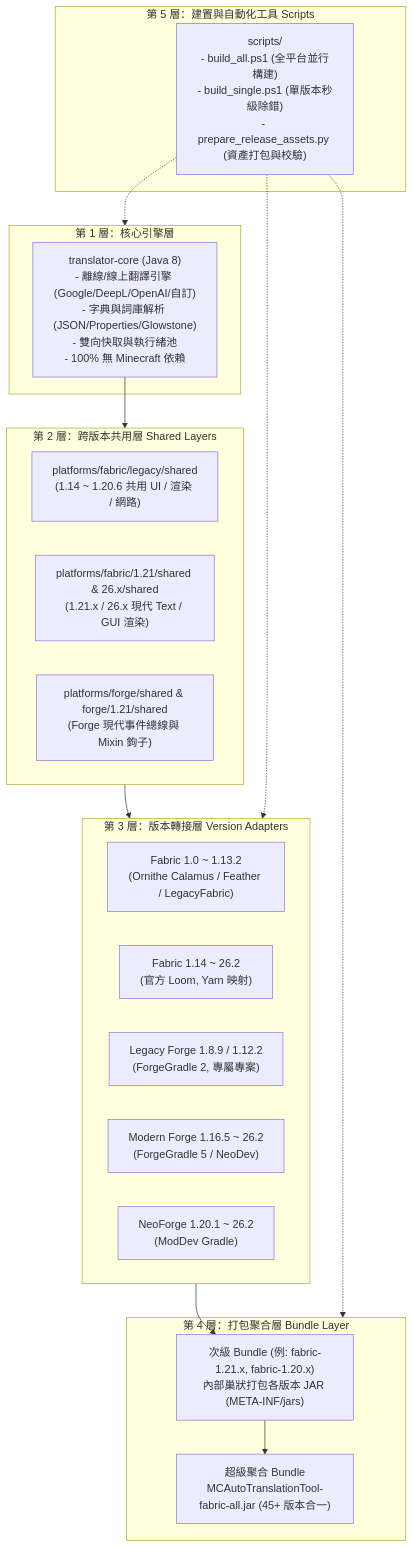
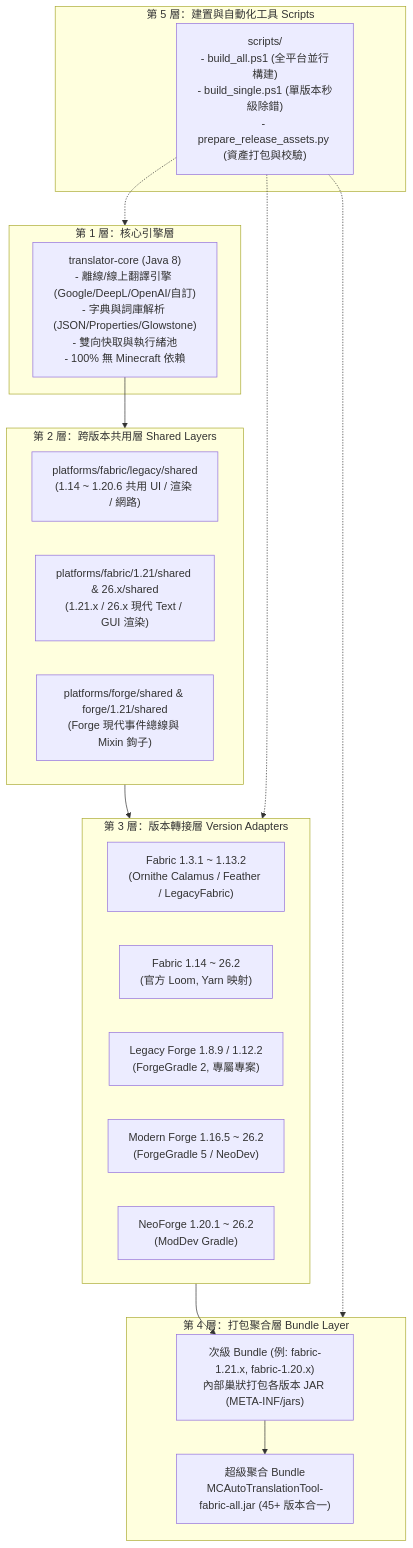
One commit to TWJohnJohn20116/mc-auto-translation-tool changed the diagram in docs/Zh-tw/ARCHITECTURE.md. Above: the diagram before and after it, drawn with Mermaid. The commit also changed other lines of this file and 15 other files, not shown here.

First line of the commit message:
fix(legacy): 修好 fabric-1.0-1.8.x 的 feather 版本對應

````diff
--- a/docs/Zh-tw/ARCHITECTURE.md
+++ b/docs/Zh-tw/ARCHITECTURE.md
@@ -13,37 +13,37 @@
 ```mermaid
 flowchart TD
     subgraph Layer1 [第 1 層：核心引擎層]
         Core["translator-core (Java 8)<br/>- 離線/線上翻譯引擎 (Google/DeepL/OpenAI/自訂)<br/>- 字典與詞庫解析 (JSON/Properties/Glowstone)<br/>- 雙向快取與執行緒池<br/>- 100% 無 Minecraft 依賴"]
     end
 
     subgraph Layer2 [第 2 層：跨版本共用層 Shared Layers]
         SharedFabLegacy["platforms/fabric/legacy/shared<br/>(1.14 ~ 1.20.6 共用 UI / 渲染 / 網路)"]
         SharedFabModern["platforms/fabric/1.21/shared & 26.x/shared<br/>(1.21.x / 26.x 現代 Text / GUI 渲染)"]
         SharedForge["platforms/forge/shared & forge/1.21/shared<br/>(Forge 現代事件總線與 Mixin 鉤子)"]
     end
 
     subgraph Layer3 [第 3 層：版本轉接層 Version Adapters]
-        V_FabOrnithe["Fabric 1.0 ~ 1.13.2<br/>(Ornithe Calamus / Feather / LegacyFabric)"]
+        V_FabOrnithe["Fabric 1.3.1 ~ 1.13.2<br/>(Ornithe Calamus / Feather / LegacyFabric)"]
         V_FabModern["Fabric 1.14 ~ 26.2<br/>(官方 Loom, Yarn 映射)"]
         V_ForgeLegacy["Legacy Forge 1.8.9 / 1.12.2<br/>(ForgeGradle 2, 專屬專案)"]
         V_ForgeModern["Modern Forge 1.16.5 ~ 26.2<br/>(ForgeGradle 5 / NeoDev)"]
         V_NeoForge["NeoForge 1.20.1 ~ 26.2<br/>(ModDev Gradle)"]
     end
 
     subgraph Layer4 [第 4 層：打包聚合層 Bundle Layer]
         SubBundle["次級 Bundle (例: fabric-1.21.x, fabric-1.20.x)<br/>內部巢狀打包各版本 JAR (META-INF/jars)"]
         AllBundle["超級聚合 Bundle<br/>MCAutoTranslationTool-fabric-all.jar (45+ 版本合一)"]
     end
 
     subgraph Layer5 [第 5 層：建置與自動化工具 Scripts]
         Scripts["scripts/<br/>- build_all.ps1 (全平台並行構建)<br/>- build_single.ps1 (單版本秒級除錯)<br/>- prepare_release_assets.py (資產打包與校驗)"]
     end
 
     Core --> Layer2
     Layer2 --> Layer3
     Layer3 --> SubBundle
     SubBundle --> AllBundle
     Scripts -.-> Layer1
     Scripts -.-> Layer3
     Scripts -.-> Layer4
 ```
````
